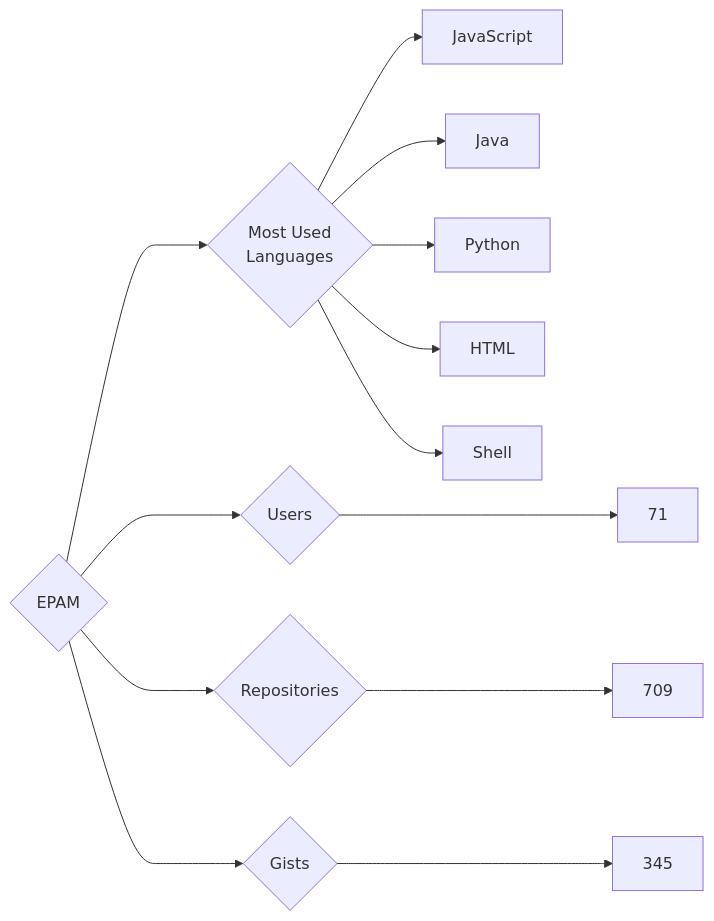
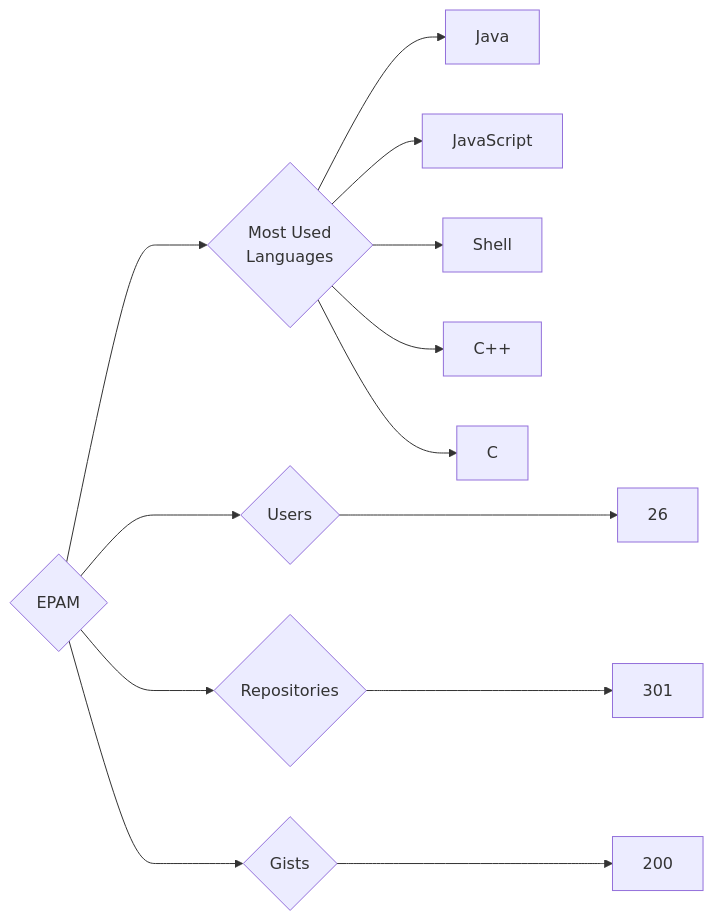
Before and after one commit to trickest/insiders: the diagram in targets/EPAM/README.md, drawn with Mermaid. The commit also changed 750 other files, not shown here.

````diff
--- a/targets/EPAM/README.md
+++ b/targets/EPAM/README.md
@@ -3,13 +3,13 @@
 ```mermaid
 graph LR
 COMPANY_NAME{EPAM}
-COMPANY_NAME ---> U{Users} ---> UN[71]
-COMPANY_NAME ---> R{Repositories} ---> RN[709]
-COMPANY_NAME ---> G{Gists} ---> GN[345]
+COMPANY_NAME ---> U{Users} ---> UN[26]
+COMPANY_NAME ---> R{Repositories} ---> RN[301]
+COMPANY_NAME ---> G{Gists} ---> GN[200]
 COMPANY_NAME ---> ML{Most Used<br>Languages}
+ML --> Java[Java]
 ML --> JavaScript[JavaScript]
-ML --> Java[Java]
-ML --> Python[Python]
-ML --> HTML[HTML]
 ML --> Shell[Shell]
+ML --> C++[C++]
+ML --> C[C]
 ```
````
